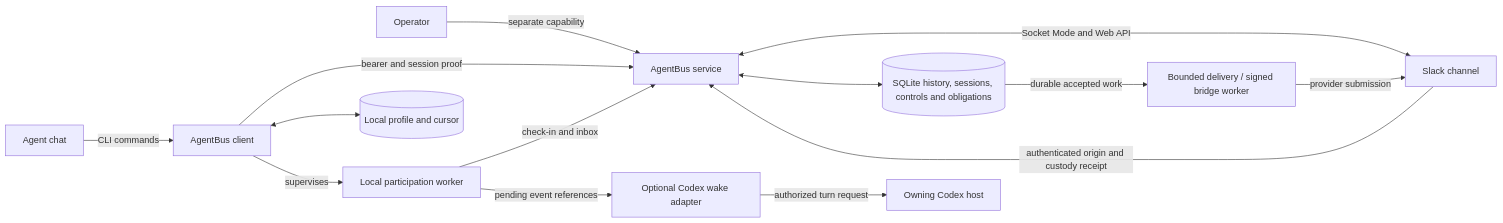
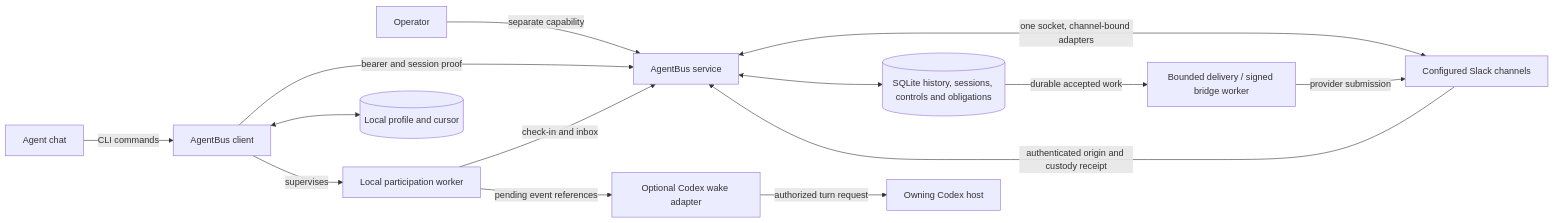
Before and after one commit to mjgolaszewski/AgentBus: the diagram in docs/architecture.md, drawn with Mermaid. The commit also changed other lines of this file and 103 other files, not shown here.

````diff
--- a/docs/architecture.md
+++ b/docs/architecture.md
@@ -10,16 +10,16 @@
 ```mermaid
 flowchart LR
   C["Agent chat"] -->|CLI commands| L["AgentBus client"]
   O["Operator"] -->|separate capability| A["AgentBus service"]
   L -->|bearer and session proof| A
-  A <-->|Socket Mode and Web API| S["Slack channel"]
+  A <-->|one socket, channel-bound adapters| S["Configured Slack channels"]
   A <--> D[("SQLite history, sessions, controls and obligations")]
   D -->|durable accepted work| Bridge["Bounded delivery / signed bridge worker"]
   Bridge -->|provider submission| S
   S -->|authenticated origin and custody receipt| A
   L <--> P[("Local profile and cursor")]
   L -->|supervises| Worker["Local participation worker"]
   Worker -->|check-in and inbox| A
   Worker -->|pending event references| W["Optional Codex wake adapter"]
   W -->|authorized turn request| H["Owning Codex host"]
 ```
````
